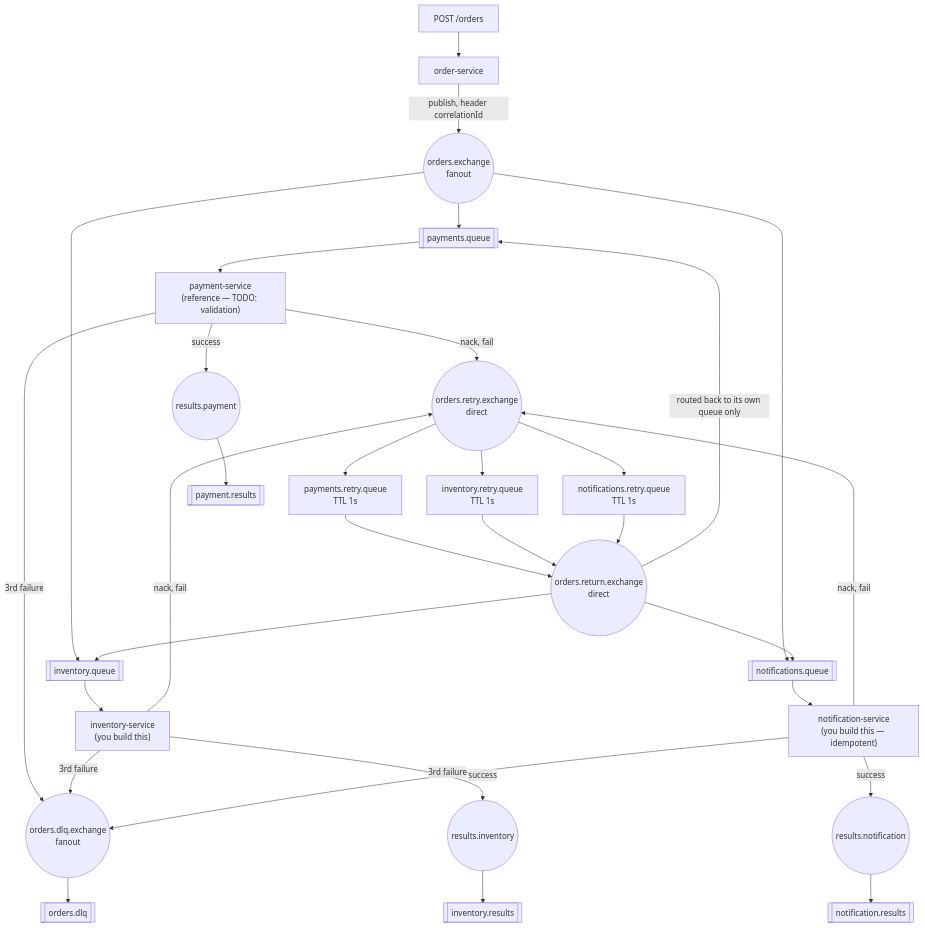
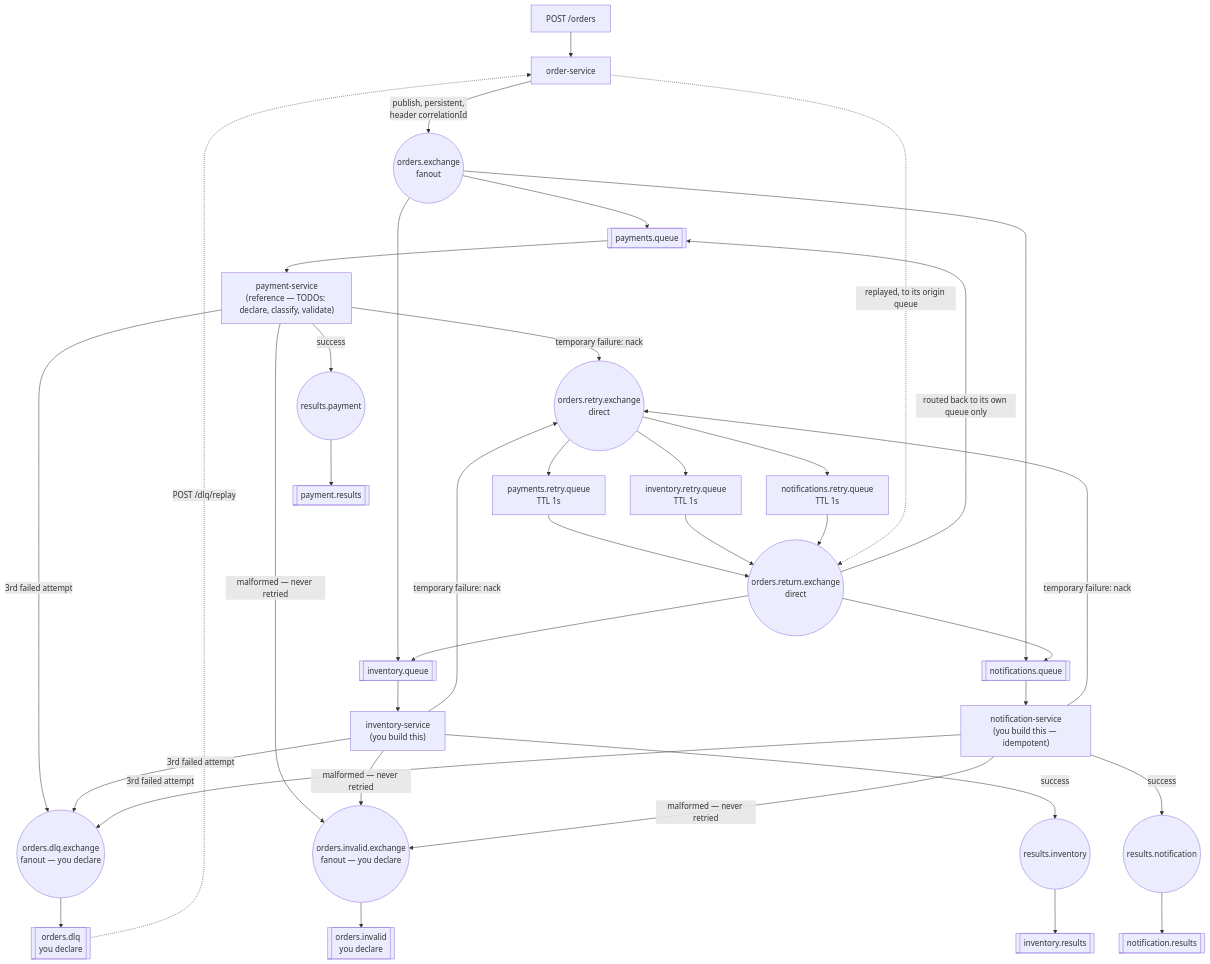
Before and after one commit to blexx-nt/eai-2026-binu: the diagram in pa5/README.md, drawn with Mermaid. The commit also changed other lines of this file and 16 other files, not shown here.

````diff
--- a/pa5/README.md
+++ b/pa5/README.md
@@ -79,34 +93,37 @@
 ```mermaid
 flowchart TD
     HTTP["POST /orders"] --> OS[order-service]
-    OS -->|publish, header correlationId| FX(("orders.exchange<br/>fanout"))
+    OS -->|publish, persistent,<br/>header correlationId| FX(("orders.exchange<br/>fanout"))
     FX --> PQ[["payments.queue"]]
     FX --> IQ[["inventory.queue"]]
     FX --> NQ[["notifications.queue"]]
 
-    PQ --> PS["payment-service<br/>(reference — TODO: validation)"]
+    PQ --> PS["payment-service<br/>(reference — TODOs: declare, classify, validate)"]
     IQ --> IS["inventory-service<br/>(you build this)"]
     NQ --> NS["notification-service<br/>(you build this — idempotent)"]
 
-    PS -->|nack, fail| RTX(("orders.retry.exchange<br/>direct"))
-    IS -->|nack, fail| RTX
-    NS -->|nack, fail| RTX
+    PS -->|temporary failure: nack| RTX(("orders.retry.exchange<br/>direct"))
+    IS -->|temporary failure: nack| RTX
+    NS -->|temporary failure: nack| RTX
     RTX --> PRQ["payments.retry.queue<br/>TTL 1s"]
     RTX --> IRQ["inventory.retry.queue<br/>TTL 1s"]
     RTX --> NRQ["notifications.retry.queue<br/>TTL 1s"]
     PRQ --> RETX(("orders.return.exchange<br/>direct"))
     IRQ --> RETX
     NRQ --> RETX
     RETX -->|routed back to its own queue only| PQ
     RETX --> IQ
     RETX --> NQ
 
-    PS -->|3rd failure| DLX(("orders.dlq.exchange<br/>fanout"))
-    IS -->|3rd failure| DLX
-    NS -->|3rd failure| DLX
-    DLX --> DLQ[["orders.dlq"]]
+    PS & IS & NS -->|3rd failed attempt| DLX(("orders.dlq.exchange<br/>fanout — you declare"))
+    DLX --> DLQ[["orders.dlq<br/>you declare"]]
+    PS & IS & NS -->|malformed — never retried| INX(("orders.invalid.exchange<br/>fanout — you declare"))
+    INX --> INQ[["orders.invalid<br/>you declare"]]
+
+    DLQ -.->|POST /dlq/replay| OS
+    OS -.->|replayed, to its origin queue| RETX
 
     PS -->|success| RP(("results.payment")) --> PRes[["payment.results"]]
     IS -->|success| RI(("results.inventory")) --> IRes[["inventory.results"]]
     NS -->|success| RN(("results.notification")) --> NRes[["notification.results"]]
 ```
````
